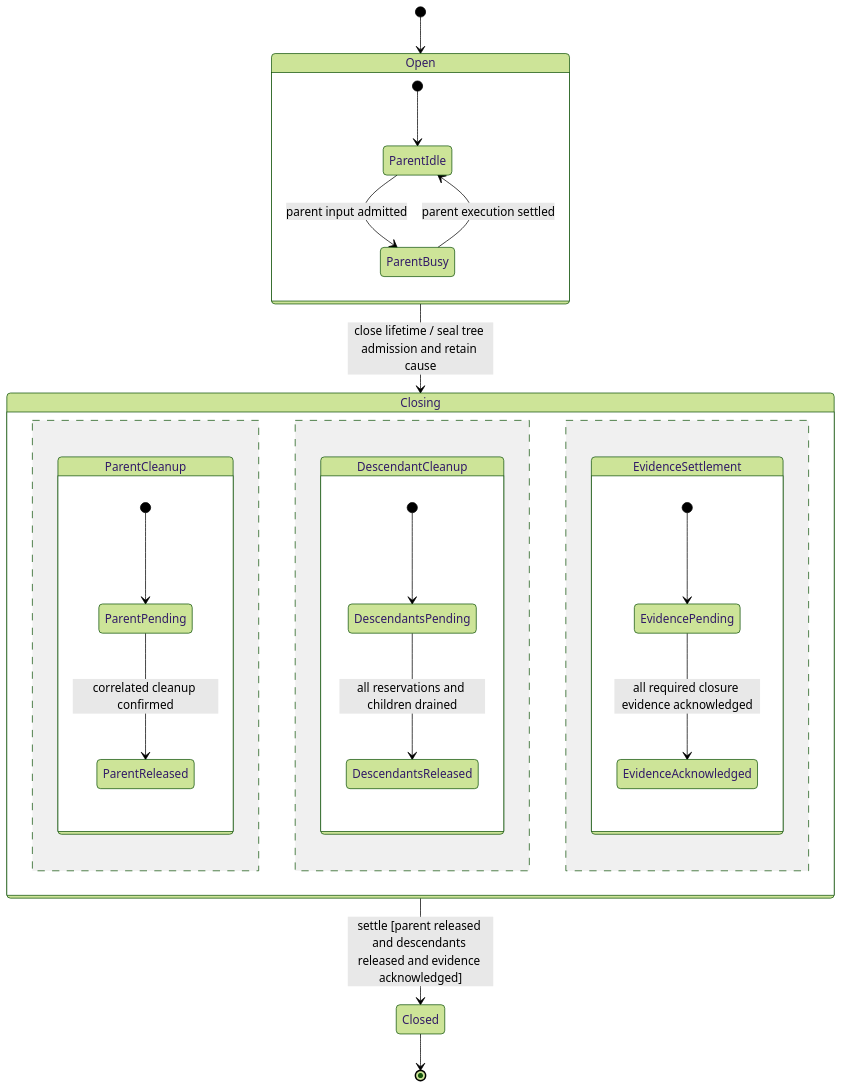
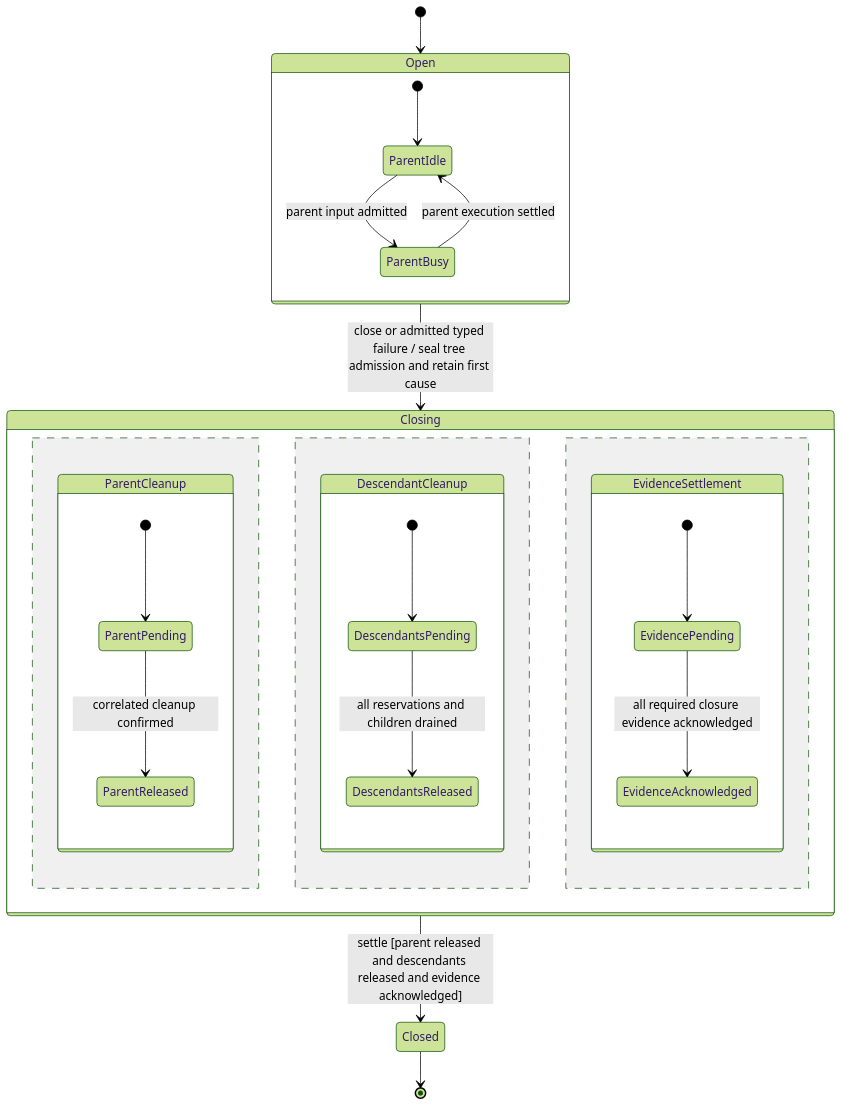
One commit to nessalabs/nessa-agent changed the first of 8 diagrams in docs/adr/todo/329-subagents.md. Above: the diagram before and after it, drawn with Mermaid (forest theme). The commit also changed other lines of this file, not shown here.

Commit message:
docs(sdk): distinguish spawn failure facts from sealed authority

````diff
--- a/docs/adr/todo/329-subagents.md
+++ b/docs/adr/todo/329-subagents.md
@@ -268,28 +271,28 @@
 ```mermaid
 stateDiagram-v2
     [*] --> Open
     state Open {
         [*] --> ParentIdle
         ParentIdle --> ParentBusy: parent input admitted
         ParentBusy --> ParentIdle: parent execution settled
     }
-    Open --> Closing: close lifetime / seal tree admission and retain cause
+    Open --> Closing: close or admitted typed failure / seal tree admission and retain first cause
     state Closing {
         state ParentCleanup {
             [*] --> ParentPending
             ParentPending --> ParentReleased: correlated cleanup confirmed
         }
         --
         state DescendantCleanup {
             [*] --> DescendantsPending
             DescendantsPending --> DescendantsReleased: all reservations and children drained
         }
         --
         state EvidenceSettlement {
             [*] --> EvidencePending
             EvidencePending --> EvidenceAcknowledged: all required closure evidence acknowledged
         }
     }
     Closing --> Closed: settle [parent released and descendants released and evidence acknowledged]
     Closed --> [*]
 ```
````
